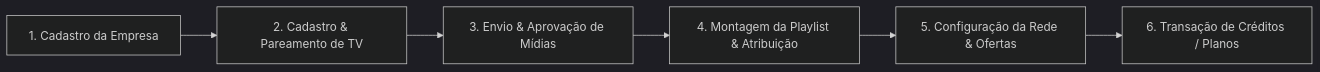
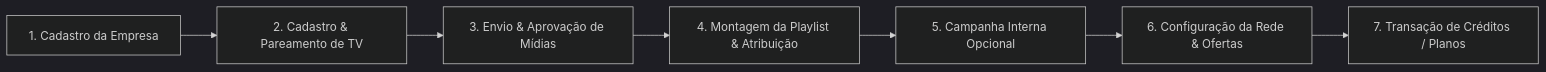
One commit to leandro2026-Consorcio/TV-MIDIA-NETEWORK changed the diagram in MANUAL_DE_USO.md. Above: the diagram before and after it, drawn with Mermaid (dark theme). The commit also changed other lines of this file and 7 other files, not shown here.

````diff
--- a/MANUAL_DE_USO.md
+++ b/MANUAL_DE_USO.md
@@ -11,8 +11,9 @@
 ```mermaid
 flowchart LR
     A[1. Cadastro da Empresa] --> B[2. Cadastro & Pareamento de TV]
     B --> C[3. Envio & Aprovação de Mídias]
     C --> D[4. Montagem da Playlist & Atribuição]
-    D --> E[5. Configuração da Rede & Ofertas]
-    E --> F[6. Transação de Créditos / Planos]
+    D --> E[5. Campanha Interna Opcional]
+    E --> F[6. Configuração da Rede & Ofertas]
+    F --> G[7. Transação de Créditos / Planos]
 ```
````
